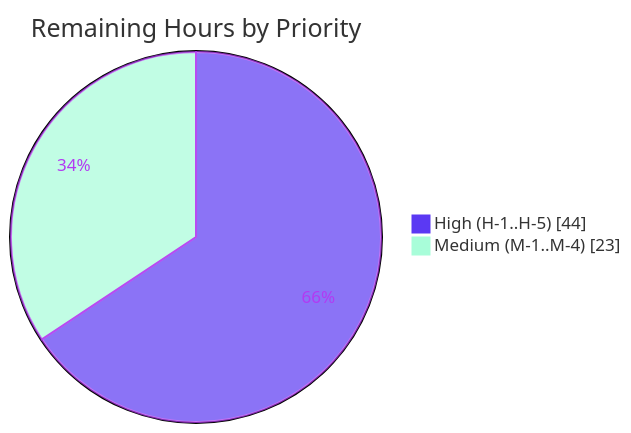
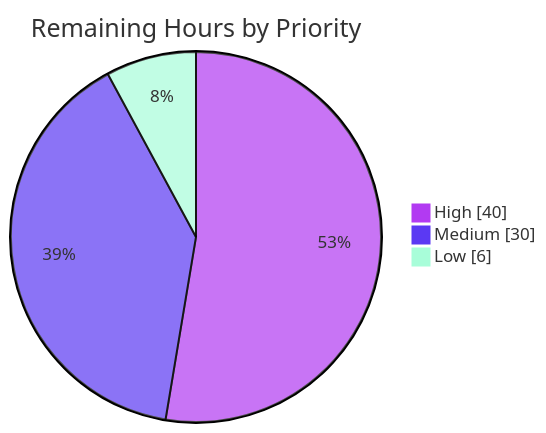
One commit to blitzy-public-samples/aws-carddemo-blitzy changed the third of 3 diagrams in blitzy/documentation/Project Guide.md. Above: the diagram before and after it, drawn with Mermaid. The commit also changed other lines of this file, not shown here.

````diff
--- a/blitzy/documentation/Project Guide.md
+++ b/blitzy/documentation/Project Guide.md
@@ -264,6 +251,7 @@
 ```mermaid
-%%{init: {'theme':'base','themeVariables':{'pie1':'#5B39F3','pie2':'#A8FDD9','pieStrokeColor':'#B23AF2','pieSectionTextColor':'#B23AF2'}}}%%
+%%{init: {'theme':'base', 'themeVariables':{'pie1':'#B23AF2','pie2':'#5B39F3','pie3':'#A8FDD9'}}}%%
 pie showData title Remaining Hours by Priority
-    "High (H-1..H-5)" : 44
-    "Medium (M-1..M-4)" : 23
+    "High" : 40
+    "Medium" : 30
+    "Low" : 6
 ```
````
